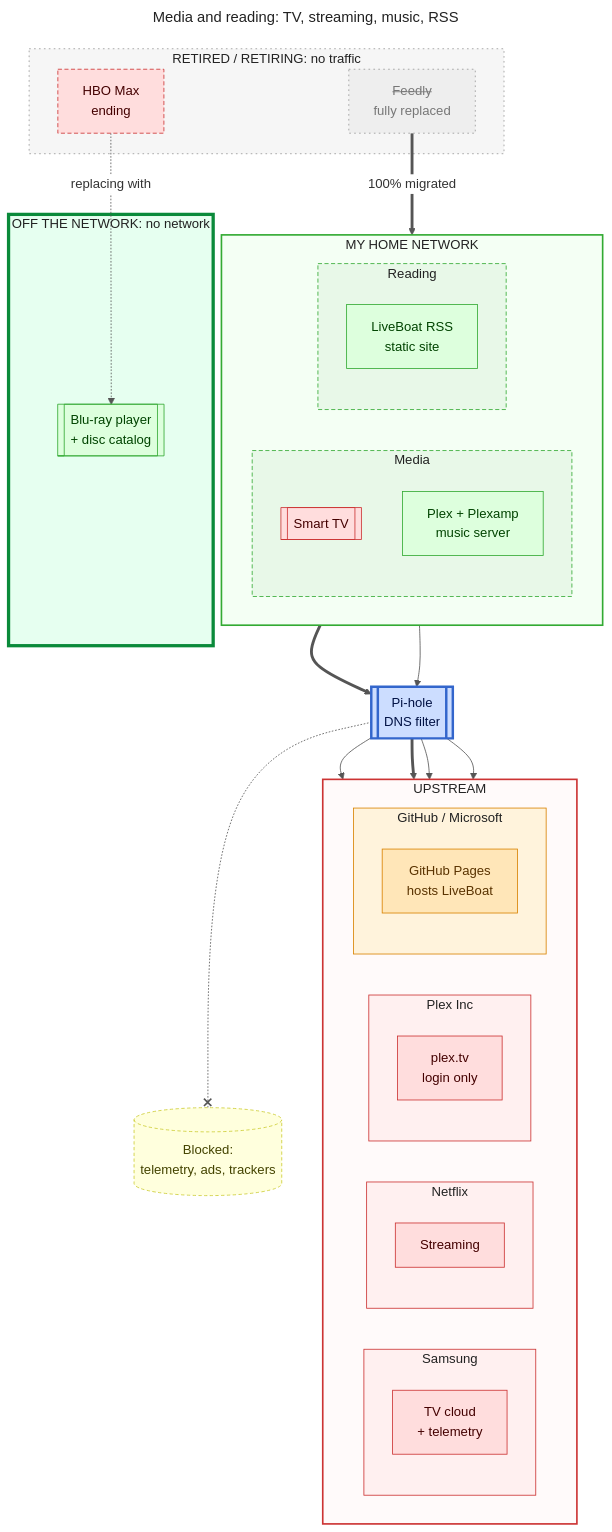
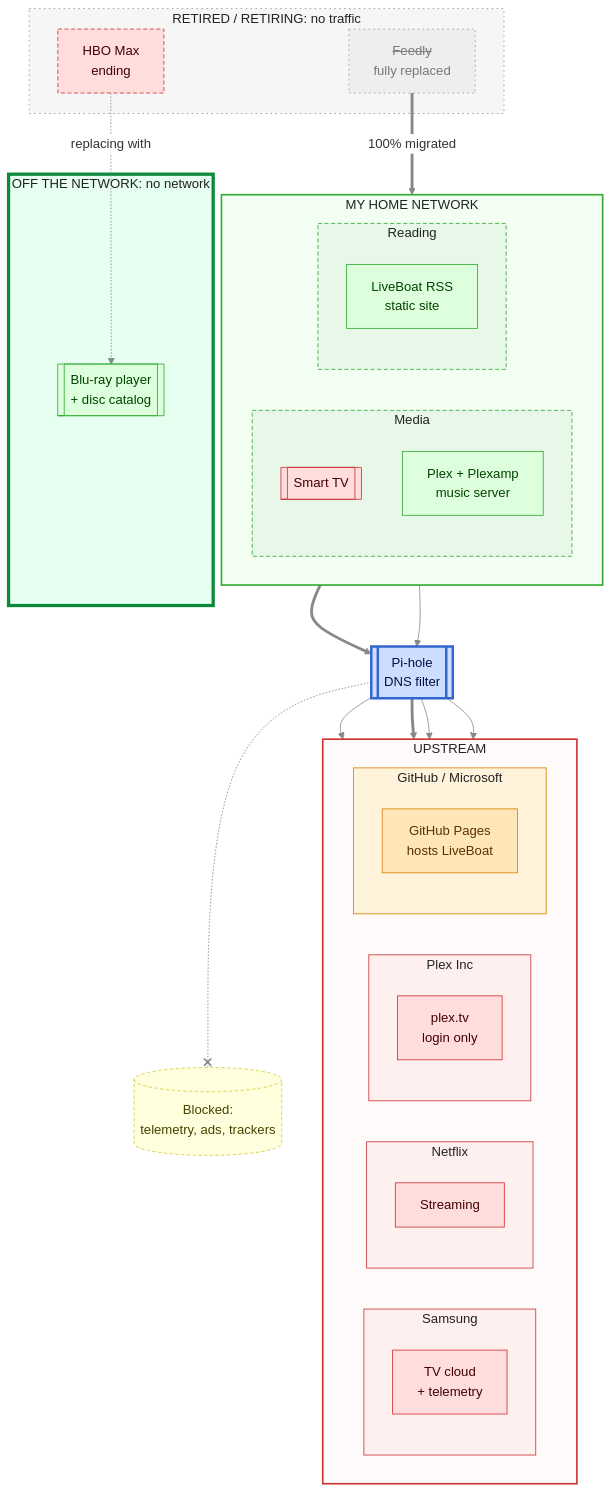
Before and after one commit to lowlydba/torch-the-tech: the second of 4 diagrams in README.md, drawn with Mermaid. The commit also changed other lines of this file, not shown here.

Commit message:
Rework legend, drop chart titles for dark mode

````diff
--- a/README.md
+++ b/README.md
@@ -15,13 +65,12 @@
 ```mermaid
 ---
-title: "Media and reading: TV, streaming, music, RSS"
 config:
   theme: base
   themeVariables:
     textColor: '#222222'
     titleColor: '#222222'
     edgeLabelBackground: '#ffffff'
-    lineColor: '#555555'
+    lineColor: '#888888'
 ---
 flowchart TB
     subgraph home["MY HOME NETWORK"]
````
